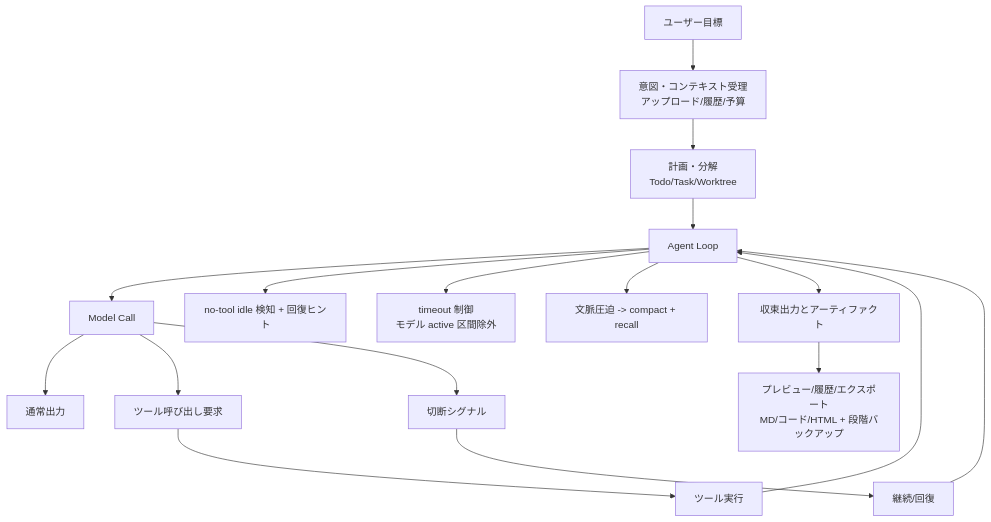
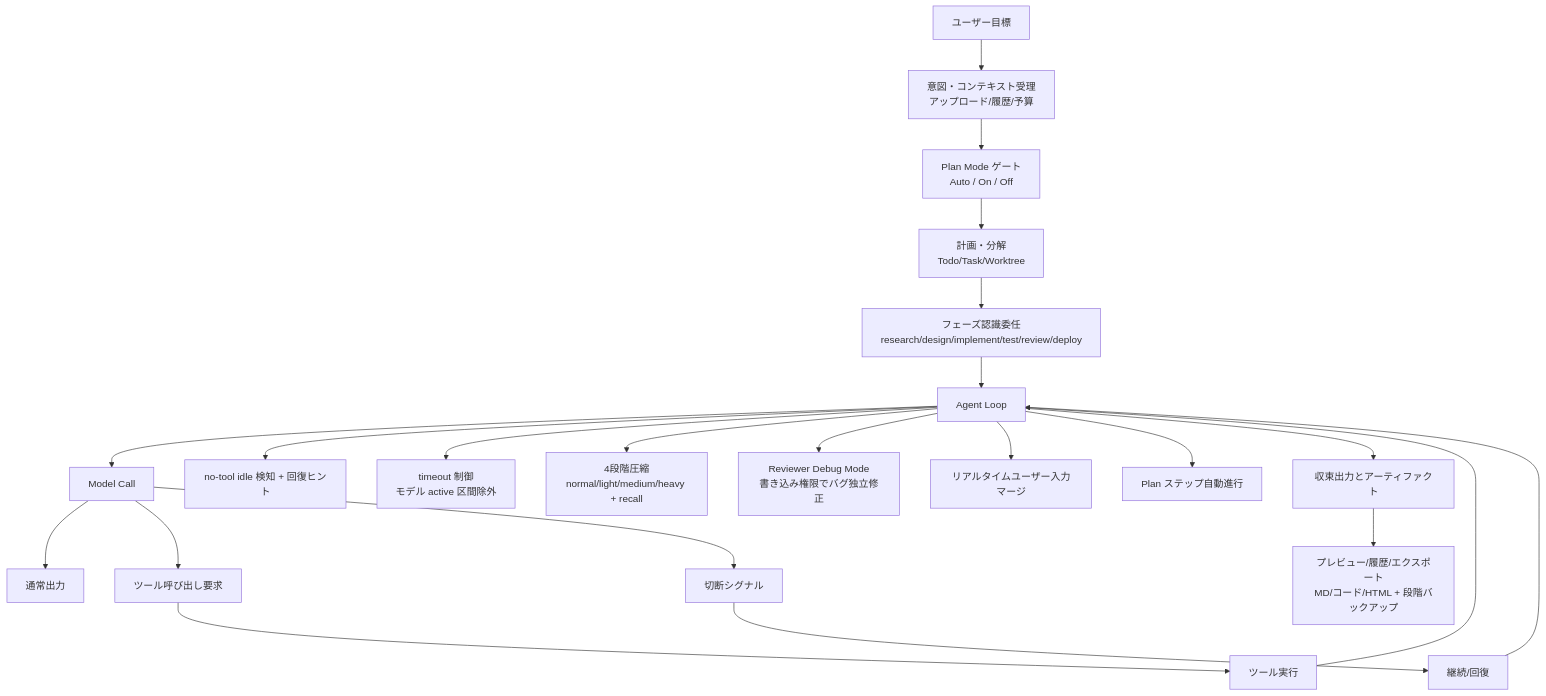
The third of 7 diagrams in README-ja.md (FonaTech/Clouds-Coder), drawn with Mermaid before and after one commit. The commit also changed other lines of this file and 3 other files, not shown here.

````diff
--- a/README-ja.md
+++ b/README-ja.md
@@ -236,19 +262,24 @@
 ```mermaid
 flowchart TD
   A["ユーザー目標"] --> B["意図・コンテキスト受理<br/>アップロード/履歴/予算"]
-  B --> C["計画・分解<br/>Todo/Task/Worktree"]
-  C --> D["Agent Loop"]
+  B --> PM["Plan Mode ゲート<br/>Auto / On / Off"]
+  PM --> C["計画・分解<br/>Todo/Task/Worktree"]
+  C --> PH["フェーズ認識委任<br/>research/design/implement/test/review/deploy"]
+  PH --> D["Agent Loop"]
   D --> E["Model Call"]
   E --> F["通常出力"]
   E --> G["ツール呼び出し要求"]
   G --> H["ツール実行"]
   H --> D
   E --> I["切断シグナル"]
   I --> J["継続/回復"]
   J --> D
   D --> K["no-tool idle 検知 + 回復ヒント"]
   D --> L["timeout 制御<br/>モデル active 区間除外"]
-  D --> M["文脈圧迫 -> compact + recall"]
+  D --> M["4段階圧縮<br/>normal/light/medium/heavy + recall"]
+  D --> DBG["Reviewer Debug Mode<br/>書き込み権限でバグ独立修正"]
+  D --> LI["リアルタイムユーザー入力マージ"]
+  D --> PS["Plan ステップ自動進行"]
   D --> N["収束出力とアーティファクト"]
   N --> O["プレビュー/履歴/エクスポート<br/>MD/コード/HTML + 段階バックアップ"]
 ```
````
